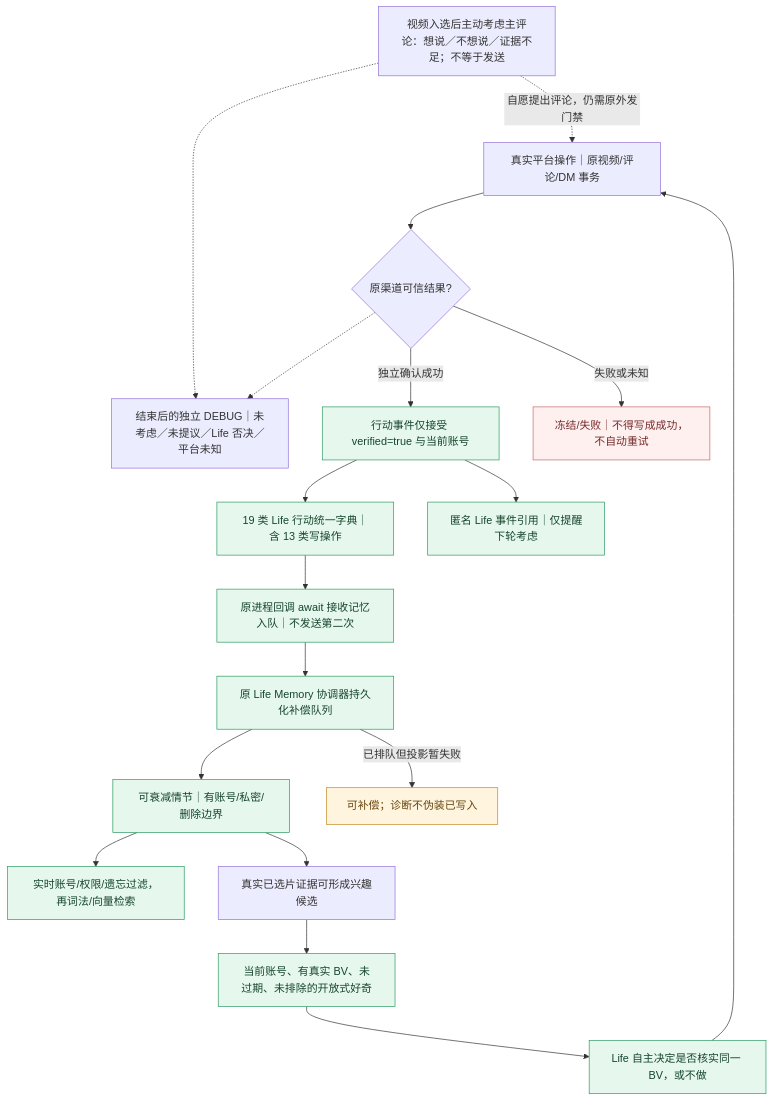
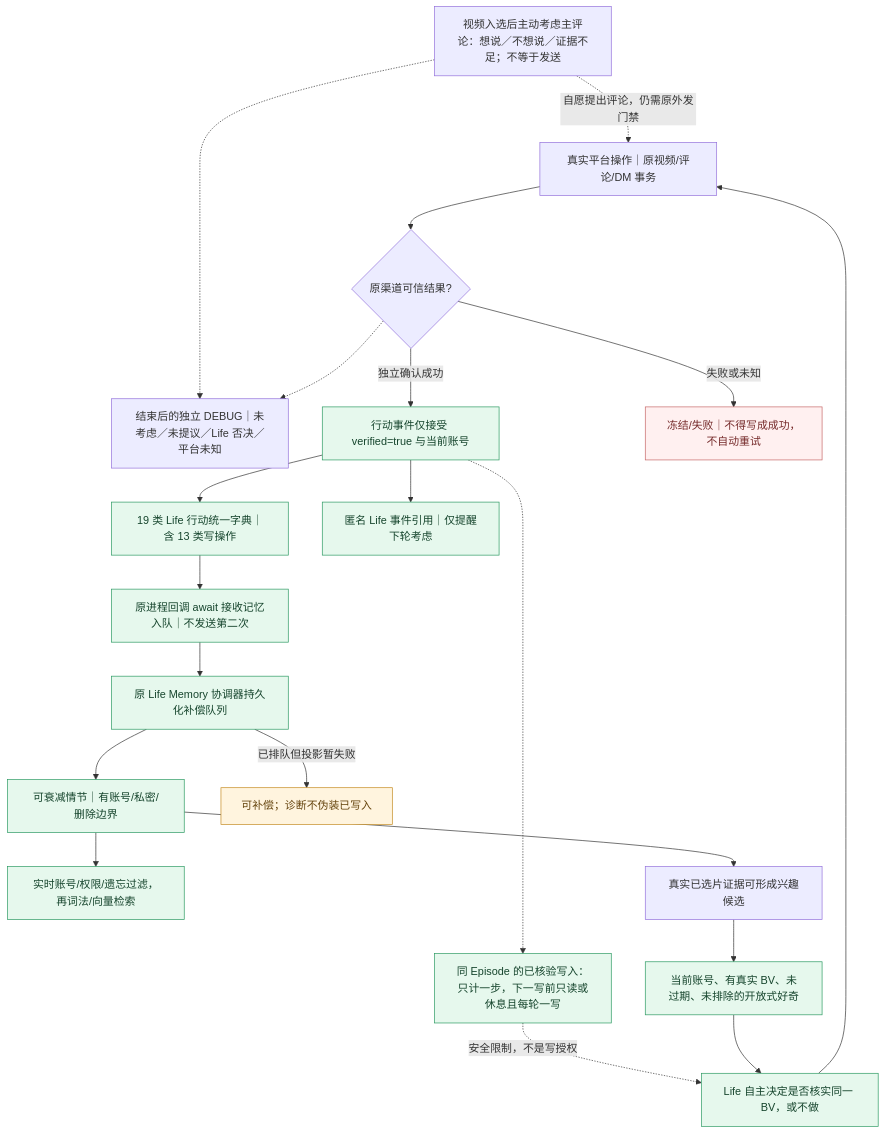
Before and after one commit to minedalang/dsh-dafeiyu-life: the third of 3 diagrams in docs/architecture/life-system-current-view.md, drawn with Mermaid. The commit also changed other lines of this file and 23 other files, not shown here.

````diff
--- a/docs/architecture/life-system-current-view.md
+++ b/docs/architecture/life-system-current-view.md
@@ -242,57 +254,61 @@
 ```mermaid
 %% 同版本 Life 补链维护：模型/菜单不是平台成功证据
 %% @code source | lib/life-video-action-bridge.mjs | createLifeVideoActionBridge
 %% @code commentReview | vendor/bilibili-mcp/mcp_server.py | async def bili_comment_consideration
 %% @code commentOutcome | lib/video-comment-readiness.mjs | classifyVideoCommentRound
 %% @code catalog | lib/life-action-memory.mjs | LIFE_ACTION_NAMES
 %% @code verified | lib/life-action-memory.mjs | export function verifiedLifeActionEvent
 %% @code wake | lib/life-agent-events.mjs | VERIFIED_COMPLETION_KINDS
 %% @code outbox | lib/life-memory-coordinator.mjs | createLifeMemoryCoordinator
 %% @code episode | lib/life-memory-gateway.mjs | function asEpisode
 %% @code recall | lib/life-memory-gateway.mjs | function recall
 %% @code growth | lib/life-interests.mjs | recordInterestEvents
 %% @code curiosity | lib/life-interests.mjs | scopedCuriosityOpportunityEvidence
 %% @code planner | lib/autonomous-planner.mjs | export function plannerActionMenu
 %% @code bridge | index.js | const rememberVerifiedLifeAction
 %% @code unknown | lib/life-continuation-write.mjs | status:'uncertain'
 flowchart TB
   source["真实平台操作｜原视频/评论/DM 事务"]
+  postWrite["同 Episode 的已核验写入：只计一步，下一写前只读或休息且每轮一写"]
   commentReview["视频入选后主动考虑主评论：想说／不想说／证据不足；不等于发送"]
   commentOutcome["结束后的独立 DEBUG｜未考虑／未提议／Life 否决／平台未知"]
   receipt{"原渠道可信结果?"}
   verified["行动事件仅接受 verified=true 与当前账号"]
   unknown["冻结/失败｜不得写成成功，不自动重试"]
   catalog["19 类 Life 行动统一字典｜含 13 类写操作"]
   wake["匿名 Life 事件引用｜仅提醒下轮考虑"]
   bridge["原进程回调 await 接收记忆入队｜不发送第二次"]
   outbox["原 Life Memory 协调器持久化补偿队列"]
   episode["可衰减情节｜有账号/私密/删除边界"]
   pending["可补偿；诊断不伪装已写入"]
   recall["实时账号/权限/遗忘过滤，再词法/向量检索"]
   growth["真实已选片证据可形成兴趣候选"]
   curiosity["当前账号、有真实 BV、未过期、未排除的开放式好奇"]
   planner["Life 自主决定是否核实同一 BV，或不做"]
   commentReview -.->|自愿提出评论，仍需原外发门禁| source
   commentReview -.-> commentOutcome
   source --> receipt
+  verified -.-> postWrite -.->|安全限制，不是写授权| planner
   receipt -.-> commentOutcome
   receipt -->|独立确认成功| verified
   receipt -->|失败或未知| unknown
   verified --> catalog
   verified --> wake
   catalog --> bridge
   bridge --> outbox
   outbox --> episode
   outbox -->|已排队但投影暂失败| pending
   episode --> recall
   episode --> growth
   growth --> curiosity
   curiosity --> planner
   planner --> source
   classDef green fill:#e6f8ed,stroke:#2a9961,color:#16452d
   classDef yellow fill:#fff4de,stroke:#c48a20,color:#65440d
   classDef red fill:#fff0f0,stroke:#c66565,color:#762b2b
-  class verified,catalog,wake,bridge,outbox,episode,recall,curiosity,planner green
+  class verified,catalog,wake,bridge,outbox,episode,recall,curiosity,planner,postWrite green
   class pending yellow
   class unknown red
+
+%% @code postWrite | lib/life-opportunities.mjs | entry.writeAftercare='read-or-rest'
 ```
````
